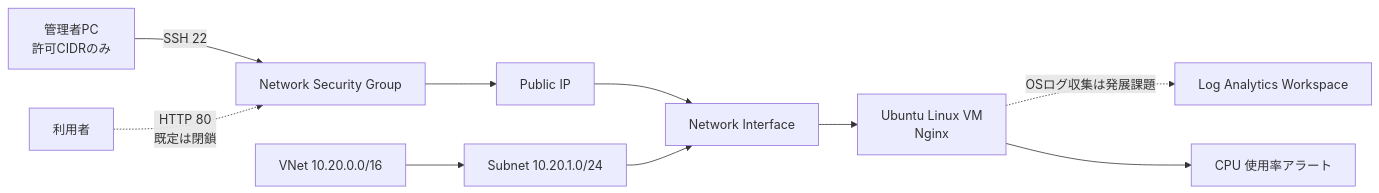
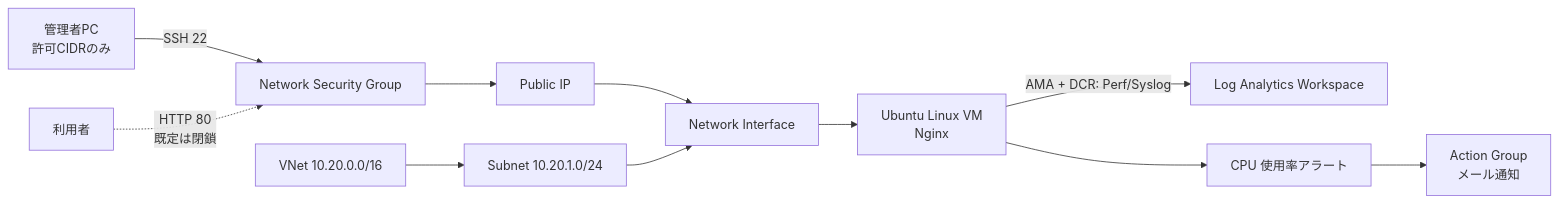
Before and after one commit to ns7jp/azure: the diagram in README.md, drawn with Mermaid. The commit also changed other lines of this file, not shown here.

First line of the commit message:
docs: READMEにAction Group/OSログ収集の追加を反映

````diff
--- a/README.md
+++ b/README.md
@@ -30,12 +30,13 @@
 ```mermaid
 flowchart LR
     Admin[管理者PC\n許可CIDRのみ] -->|SSH 22| NSG[Network Security Group]
     User[利用者] -. HTTP 80\n既定は閉鎖 .-> NSG
     NSG --> PIP[Public IP]
     PIP --> NIC[Network Interface]
     NIC --> VM[Ubuntu Linux VM\nNginx]
-    VM -. OSログ収集は発展課題 .-> LAW[Log Analytics Workspace]
+    VM -->|AMA + DCR: Perf/Syslog| LAW[Log Analytics Workspace]
     VM --> Alert[CPU 使用率アラート]
+    Alert --> AG[Action Group\nメール通知]
     VNet[VNet 10.20.0.0/16] --> Subnet[Subnet 10.20.1.0/24]
     Subnet --> NIC
 ```
````
